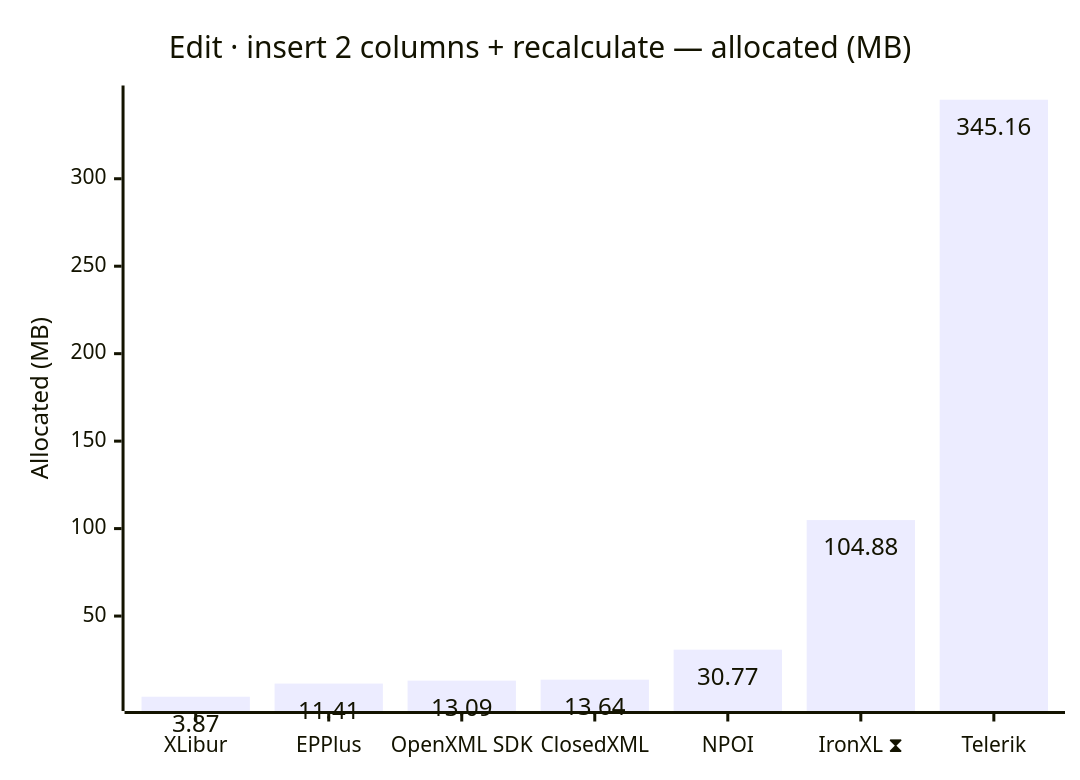
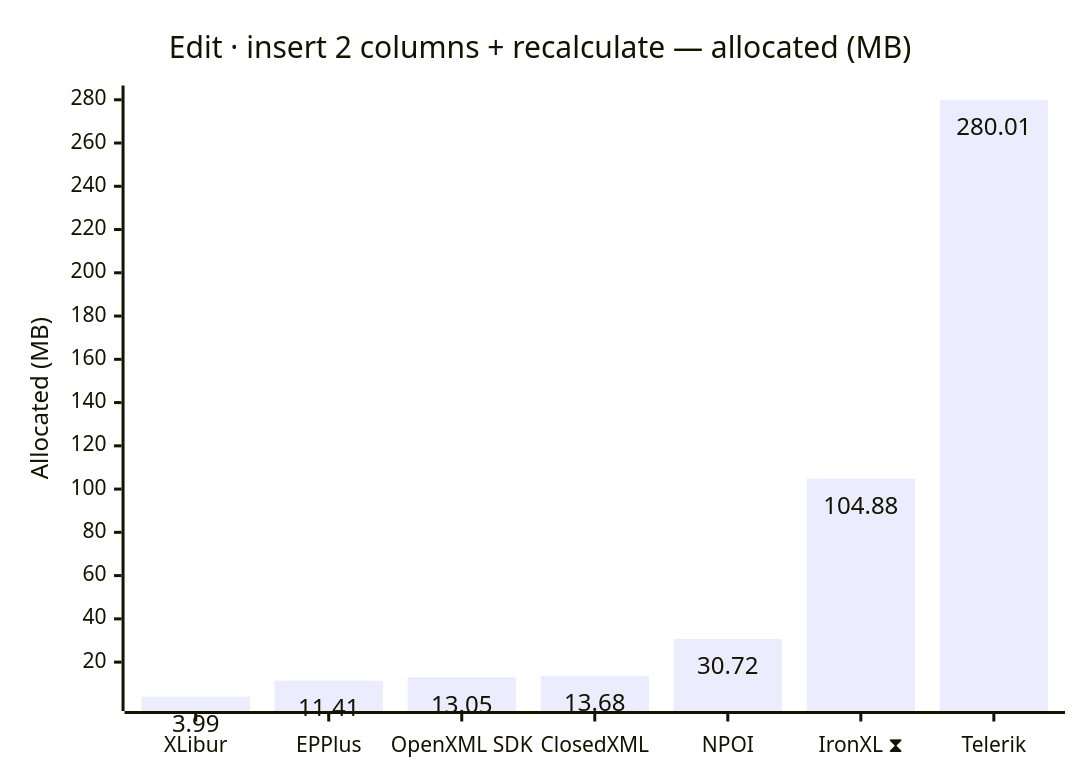
Before and after one commit to jafin/XLBench: diagram 12 of 12 in docs/results.md, drawn with Mermaid. The commit also changed other lines of this file and 4 other files, not shown here.

````diff
--- a/docs/results.md
+++ b/docs/results.md
@@ -183,12 +183,12 @@
 ```mermaid
 ---
 config:
   xyChart:
     showDataLabel: true
 ---
 xychart-beta
     title "Edit · insert 2 columns + recalculate — allocated (MB)"
     x-axis ["XLibur", "EPPlus", "OpenXML SDK", "ClosedXML", "NPOI", "IronXL ⧗", "Telerik"]
     y-axis "Allocated (MB)"
-    bar [3.87, 11.41, 13.09, 13.64, 30.77, 104.88, 345.16]
+    bar [3.99, 11.41, 13.05, 13.68, 30.72, 104.88, 280.01]
 ```
````
